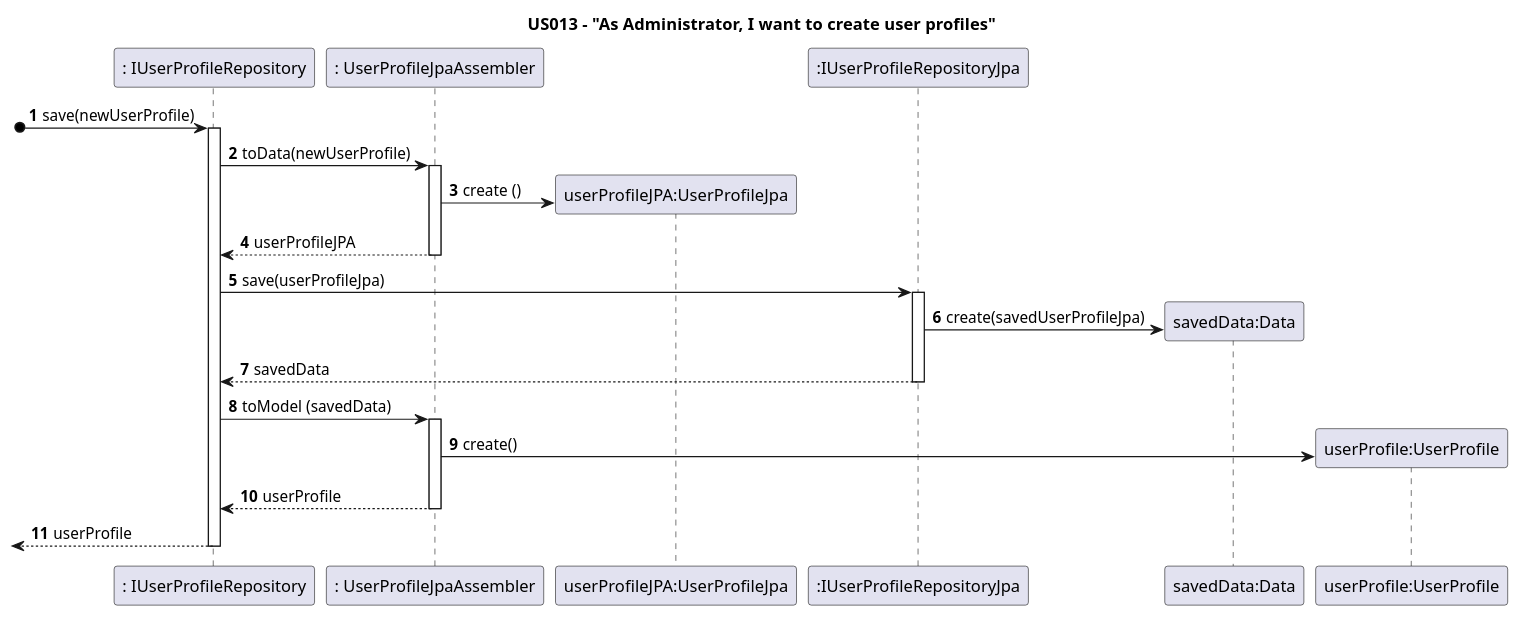
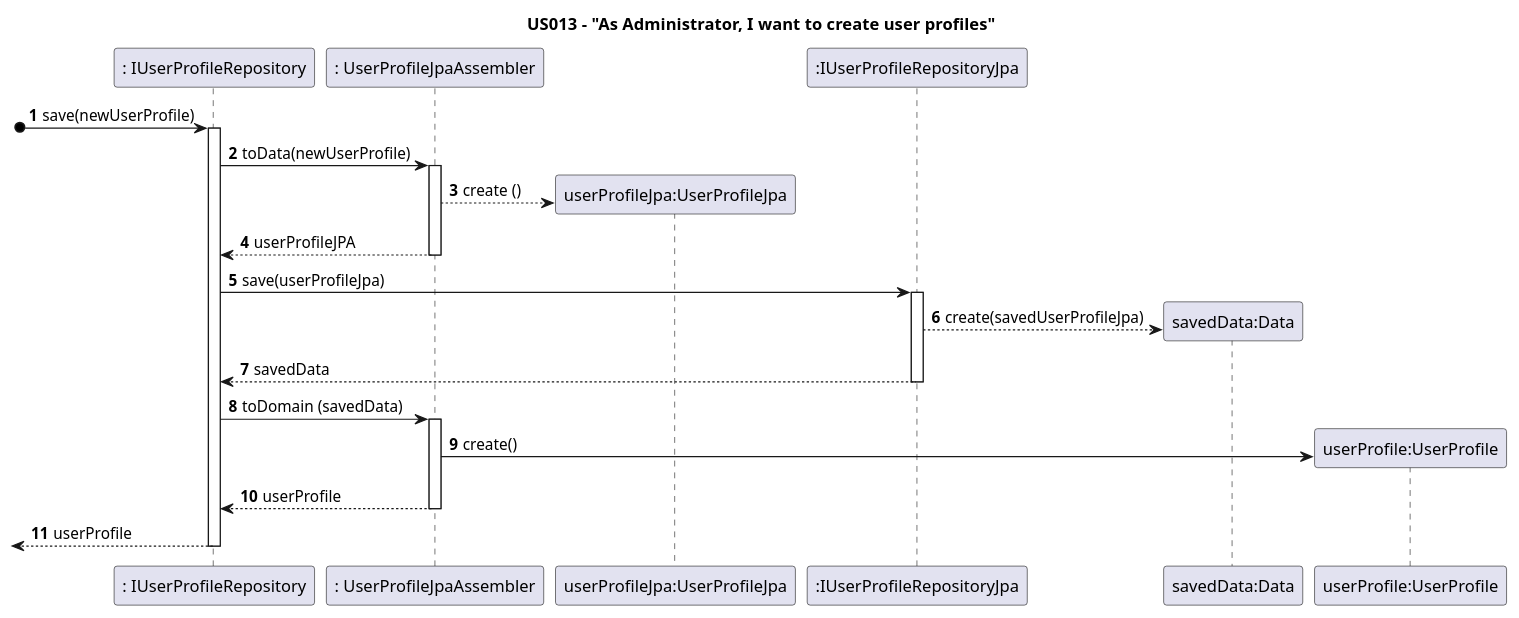
Before and after one commit to nunogon1211787/projectManagement: the diagram in docs/Sprint1/US013/US13SD_JPA.puml, drawn with PlantUML. The commit also changed 20 other files, not shown here.

```diff
--- a/docs/Sprint1/US013/US13SD_JPA.puml
+++ b/docs/Sprint1/US013/US13SD_JPA.puml
@@ -1,31 +1,31 @@
 @startuml
 'https://plantuml.com/sequence-diagram
 
 autoactivate on
 autonumber
 
 title US013 - "As Administrator, I want to create user profiles"
 
 
 participant ": IUserProfileRepository" as Repository
 participant ": UserProfileJpaAssembler" as Assembler
-participant "userProfileJPA:UserProfileJpa" as USJPA
+participant "userProfileJpa:UserProfileJpa" as USJPA
 participant ":IUserProfileRepositoryJpa" as Driver
 participant "savedData:Data" as Data
 participant "userProfile:UserProfile" as US
 
 [o->Repository: save(newUserProfile)
 
 Repository -> Assembler : toData(newUserProfile)
-Assembler -> USJPA **: create ()
+Assembler --> USJPA **: create ()
 Assembler --> Repository : userProfileJPA
 Repository -> Driver: save(userProfileJpa)
-Driver -> Data**: create(savedUserProfileJpa)
+Driver --> Data**: create(savedUserProfileJpa)
 Driver --> Repository : savedData
-Repository -> Assembler: toModel (savedData)
+Repository -> Assembler: toDomain (savedData)
 Assembler -> US **: create()
 Assembler --> Repository :userProfile
 
 [<--Repository: userProfile
 
 @enduml
```
